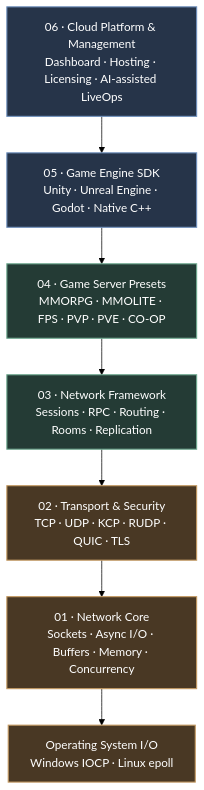
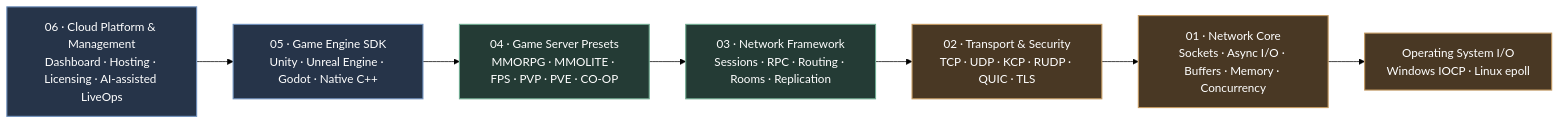
Before and after one commit to Akadals/LyntraNet: the diagram in README.md, drawn with Mermaid (forest theme).

Commit message:
docs: widen architecture diagram layout

````diff
--- a/README.md
+++ b/README.md
@@ -101,19 +101,19 @@
 ```mermaid
-flowchart TB
+flowchart LR
     L6["06 · Cloud Platform & Management<br/>Dashboard · Hosting · Licensing · AI-assisted LiveOps"]
     L5["05 · Game Engine SDK<br/>Unity · Unreal Engine · Godot · Native C++"]
     L4["04 · Game Server Presets<br/>MMORPG · MMOLITE · FPS · PVP · PVE · CO-OP"]
     L3["03 · Network Framework<br/>Sessions · RPC · Routing · Rooms · Replication"]
     L2["02 · Transport & Security<br/>TCP · UDP · KCP · RUDP · QUIC · TLS"]
     L1["01 · Network Core<br/>Sockets · Async I/O · Buffers · Memory · Concurrency"]
     OS["Operating System I/O<br/>Windows IOCP · Linux epoll"]
 
     L6 --> L5 --> L4 --> L3 --> L2 --> L1 --> OS
 
     classDef platform fill:#263449,stroke:#6f91bd,color:#ffffff,stroke-width:1.5px
     classDef framework fill:#243b35,stroke:#70aa91,color:#ffffff,stroke-width:1.5px
     classDef core fill:#493824,stroke:#c49a62,color:#ffffff,stroke-width:1.5px
     class L6,L5 platform
     class L4,L3 framework
     class L2,L1,OS core
 ```
````
